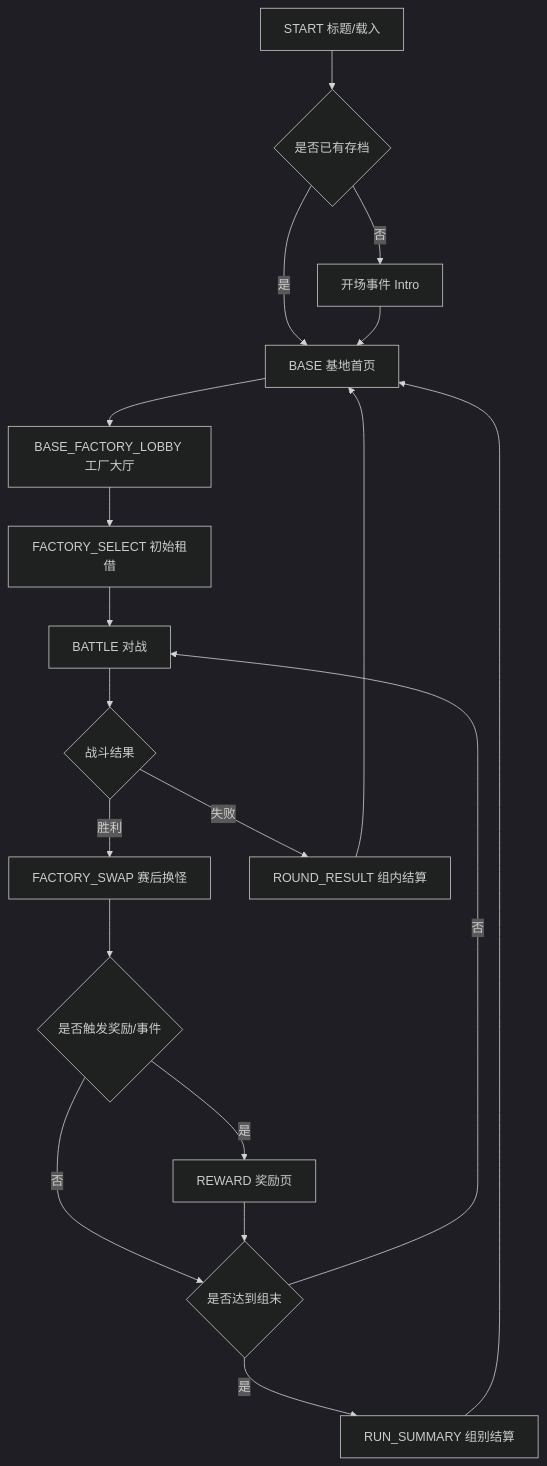
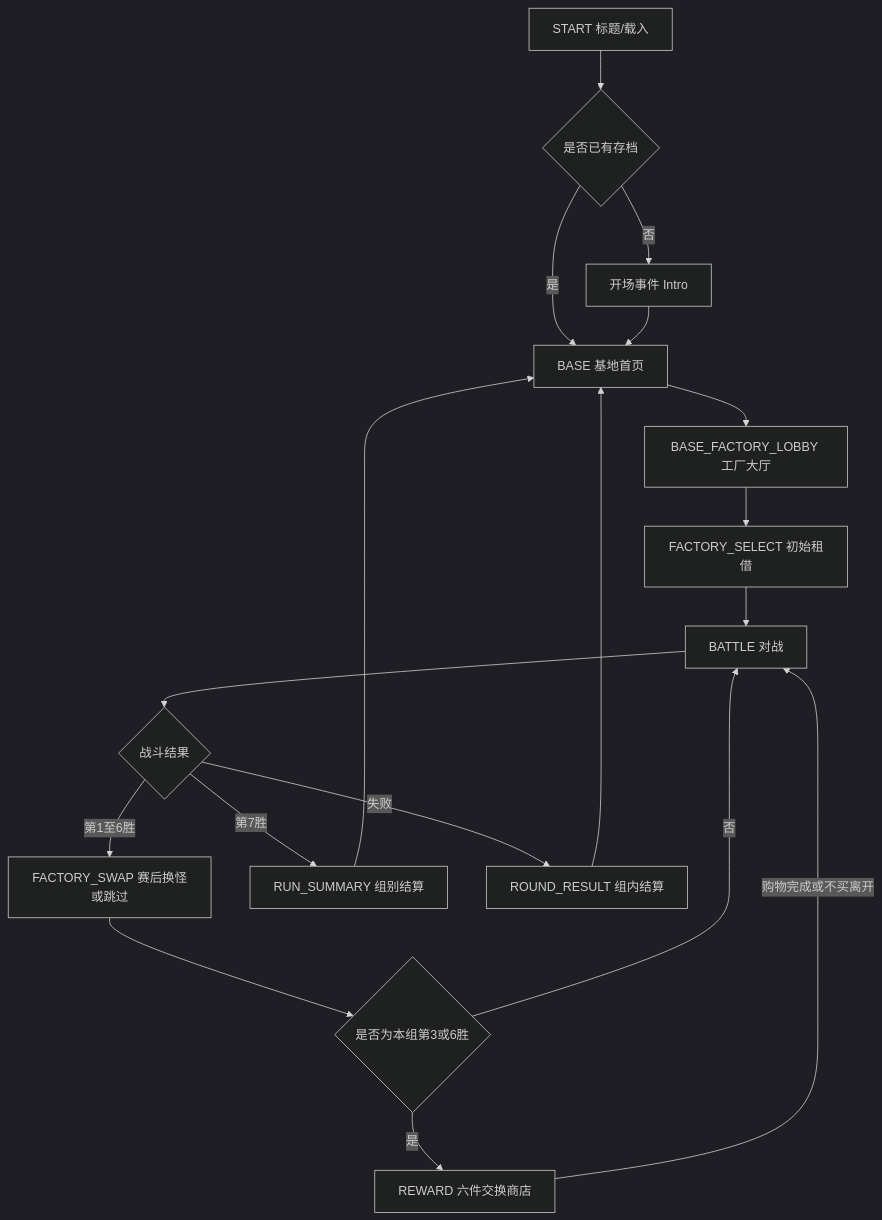
The first of 2 diagrams in 宝可梦对战工厂_项目设计框架_v1.md (tcJackClay/pokeFactory2), drawn with Mermaid (dark theme) before and after one commit. The commit also changed other lines of this file and 7 other files, not shown here.

````diff
--- a/宝可梦对战工厂_项目设计框架_v1.md
+++ b/宝可梦对战工厂_项目设计框架_v1.md
@@ -710,25 +672,23 @@
 ```mermaid
 flowchart TD
     A["START 标题/载入"] --> B{"是否已有存档"}
     B -- "否" --> C["开场事件 Intro"]
     B -- "是" --> D["BASE 基地首页"]
     C --> D
 
     D --> E["BASE_FACTORY_LOBBY 工厂大厅"]
     E --> F["FACTORY_SELECT 初始租借"]
     F --> G["BATTLE 对战"]
 
     G --> H{"战斗结果"}
-    H -- "胜利" --> I["FACTORY_SWAP 赛后换怪"]
+    H -- "第1至6胜" --> I["FACTORY_SWAP 赛后换怪或跳过"]
+    H -- "第7胜" --> N["RUN_SUMMARY 组别结算"]
     H -- "失败" --> J["ROUND_RESULT 组内结算"]
 
-    I --> K{"是否触发奖励/事件"}
-    K -- "是" --> L["REWARD 奖励页"]
-    K -- "否" --> M{"是否达到组末"}
-    L --> M
-
-    M -- "否" --> G
-    M -- "是" --> N["RUN_SUMMARY 组别结算"]
+    I --> K{"是否为本组第3或6胜"}
+    K -- "是" --> L["REWARD 六件交换商店"]
+    K -- "否" --> G
+    L -- "购物完成或不买离开" --> G
     N --> D
     J --> D
 ```
````
